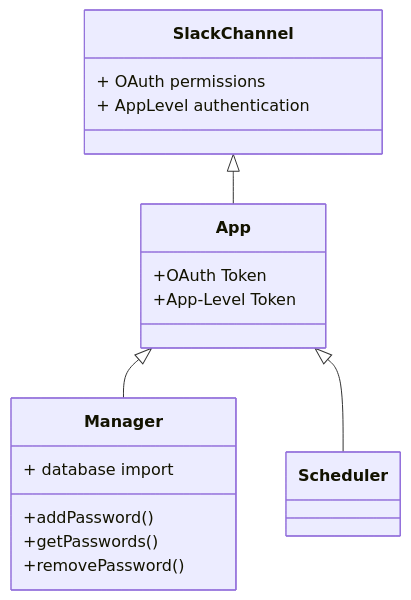
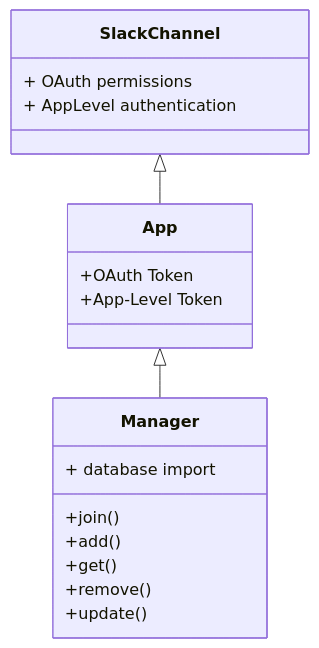
The diagram in diagrams/structureDiagram.md (em-henken/slackbot-password-manager), drawn with Mermaid before and after one commit.

Commit message:
clean structure diagram

````diff
--- a/diagrams/structureDiagram.md
+++ b/diagrams/structureDiagram.md
@@ -1,18 +1,19 @@
 ```mermaid
 classDiagram
     App <|-- Manager
-    App <|-- Scheduler
     SlackChannel <|-- App
     App : +OAuth Token
     App : +App-Level Token
     class Manager{
         + database import
-        +addPassword()
-        +getPasswords()
-        +removePassword()
+        +join()
+	+add()
+        +get()
+        +remove()
+	+update()
     }
     class SlackChannel{
         + OAuth permissions
         + AppLevel authentication
     }
 ```
````
